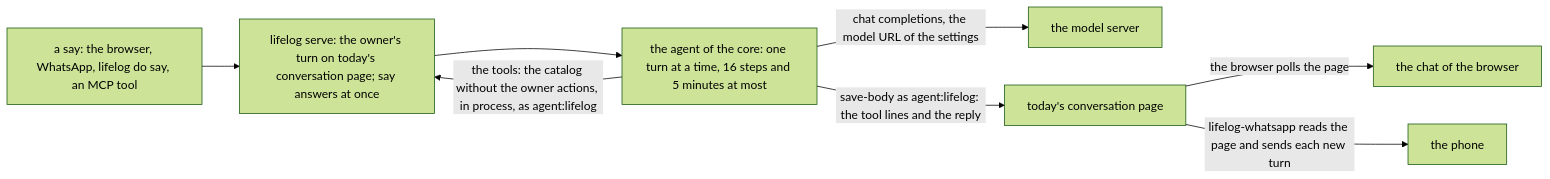
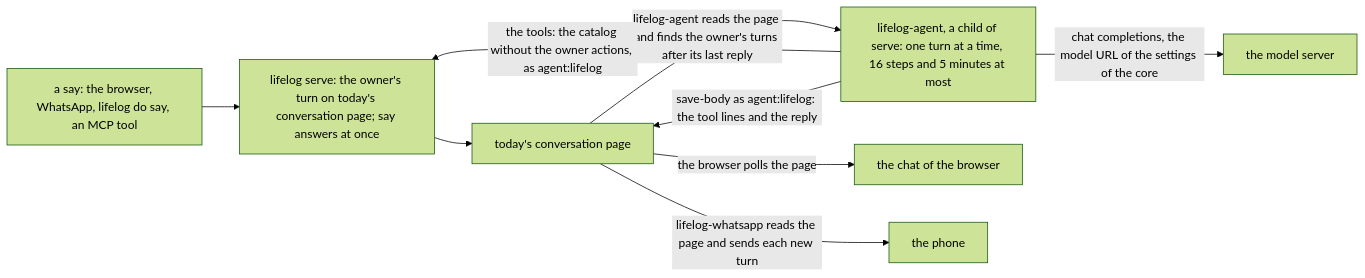
The diagram in docs/plans/162-the-simple-architecture.md (alexradunet/aminte), drawn with Mermaid (forest theme) before and after one commit. The commit also changed other lines of this file and 1 other file, not shown here.

First line of the commit message:
plan 162: the agent is an extension of its own, lifelog-agent

````diff
--- a/docs/plans/162-the-simple-architecture.md
+++ b/docs/plans/162-the-simple-architecture.md
@@ -59,10 +59,11 @@
 ```mermaid
 flowchart LR
   S["a say: the browser, WhatsApp, lifelog do say, an MCP tool"] --> C["lifelog serve: the owner's turn on today's conversation page; say answers at once"]
-  C --> Q["the agent of the core: one turn at a time, 16 steps and 5 minutes at most"]
-  Q -->|"chat completions, the model URL of the settings"| M["the model server"]
-  Q -->|"the tools: the catalog without the owner actions, in process, as agent:lifelog"| C
-  Q -->|"save-body as agent:lifelog: the tool lines and the reply"| P["today's conversation page"]
+  C --> P["today's conversation page"]
+  P -->|"lifelog-agent reads the page and finds the owner's turns after its last reply"| Q["lifelog-agent, a child of serve: one turn at a time, 16 steps and 5 minutes at most"]
+  Q -->|"chat completions, the model URL of the settings of the core"| M["the model server"]
+  Q -->|"the tools: the catalog without the owner actions, as agent:lifelog"| C
+  Q -->|"save-body as agent:lifelog: the tool lines and the reply"| P
   P -->|"the browser polls the page"| B["the chat of the browser"]
   P -->|"lifelog-whatsapp reads the page and sends each new turn"| W["the phone"]
 ```
````
